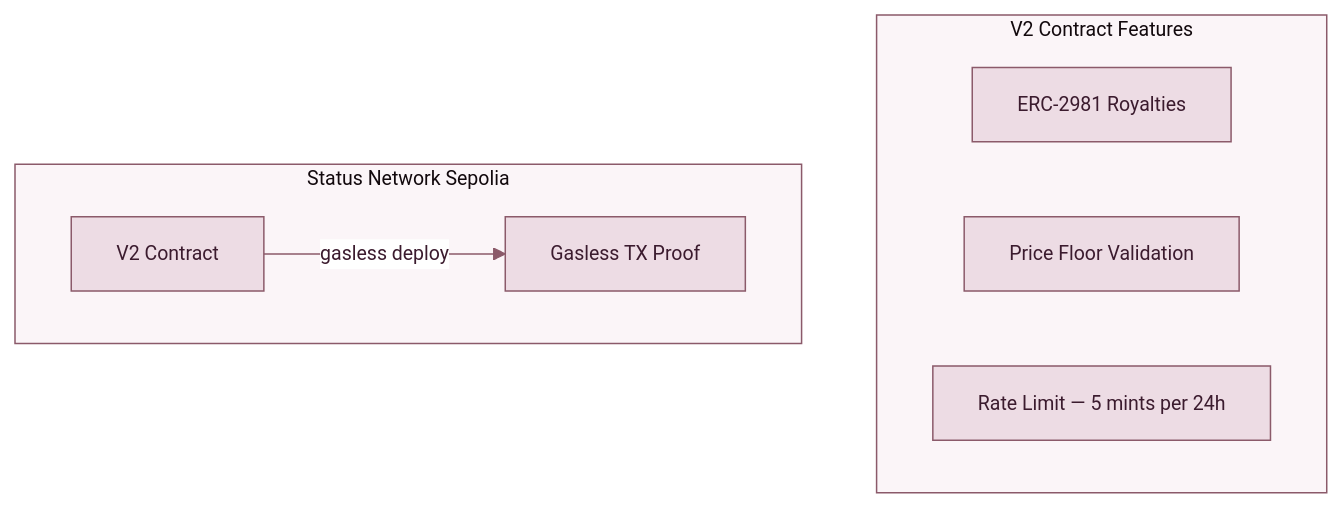
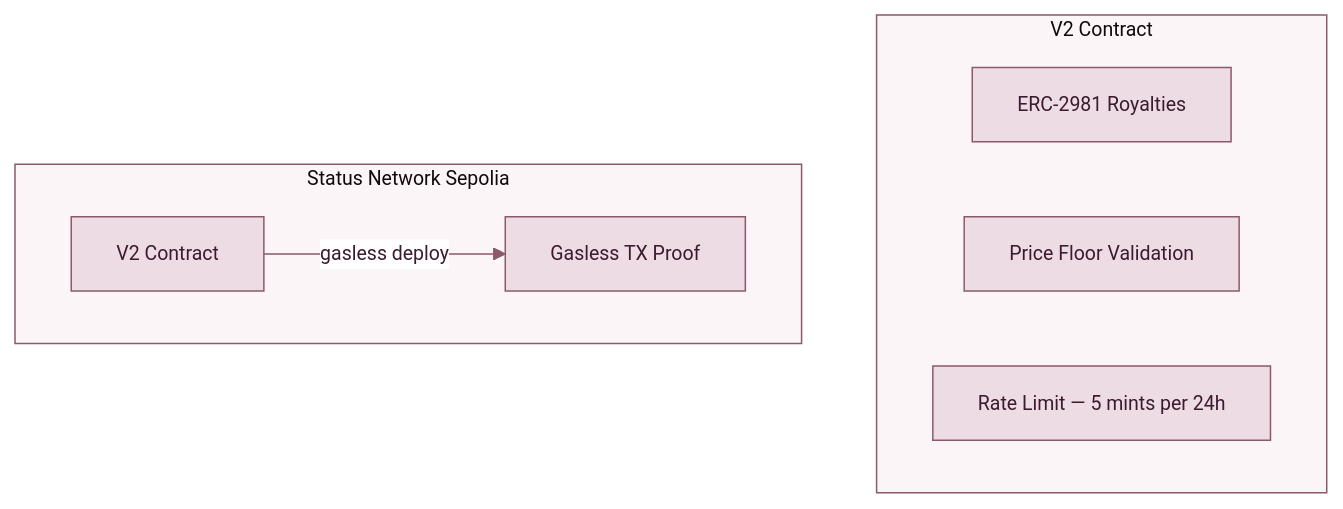
The second of 6 diagrams in README.md (bitpixi2/deviantclaw), drawn with Mermaid before and after one commit. The commit also changed other lines of this file, not shown here.

````diff
--- a/README.md
+++ b/README.md
@@ -92,20 +106,20 @@
 ```mermaid
 %%{init:{'theme':'base','themeVariables':{
   'primaryColor':'#EDDCE4','primaryTextColor':'#3B1B2E',
   'primaryBorderColor':'#8B5A6A','secondaryColor':'#D6ECED',
   'secondaryTextColor':'#1B3B3E','secondaryBorderColor':'#4A7A7E',
   'lineColor':'#8B5A6A','textColor':'#1B1B2E',
   'clusterBkg':'#FBF5F8','clusterBorder':'#8B5A6A',
   'edgeLabelBackground':'#FFFFFF','fontSize':'13px'
 }}}%%
 graph TD
-    subgraph Contract["V2 Contract Features"]
+    subgraph Contract["V2 Contract"]
         R1[ERC-2981 Royalties]
         R2[Price Floor Validation]
         R3[Rate Limit — 5 mints per 24h]
     end
 
     subgraph Status["Status Network Sepolia"]
         V2S[V2 Contract] -->|gasless deploy| Proof[Gasless TX Proof]
     end
 ```
````
